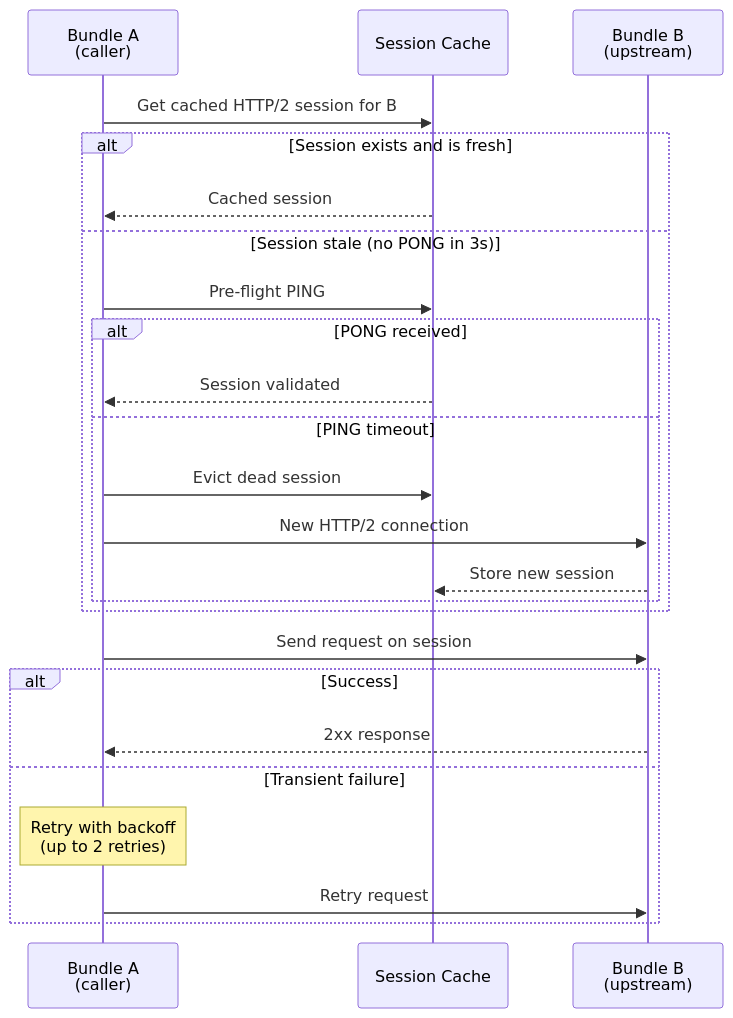
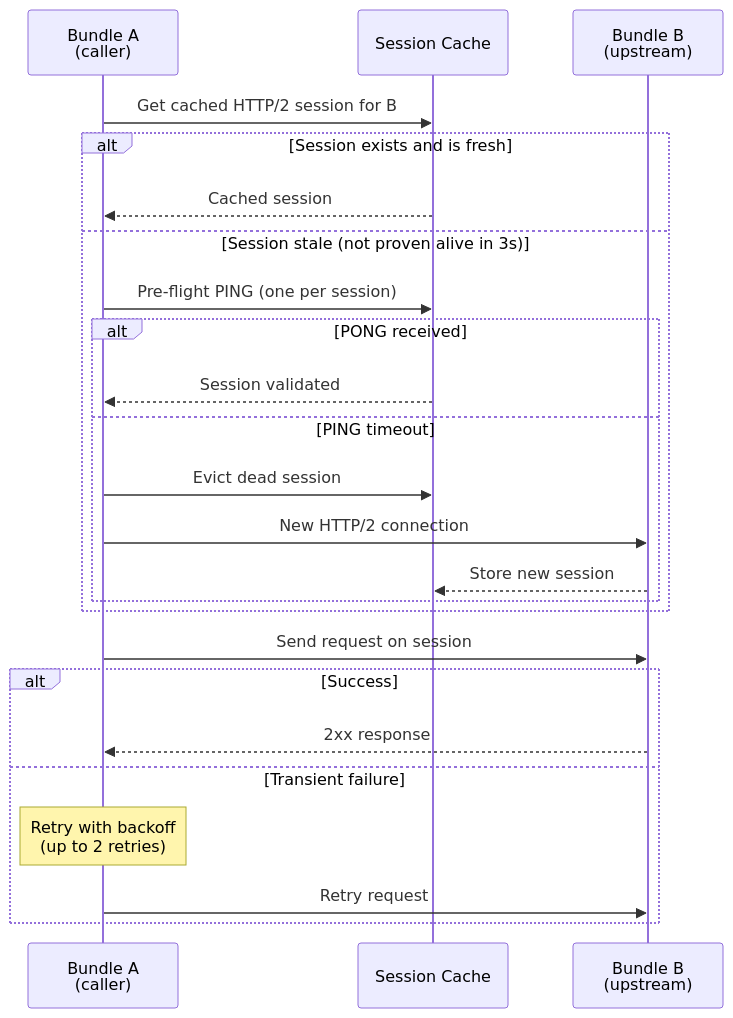
Before and after one commit to gina-io/docs: the diagram in docs/guides/http2-resilience.md, drawn with Mermaid. The commit also changed other lines of this file and 6 other files, not shown here.

Commit message:
Documenting the HTTP/2 client session lifecycle, the per-authority session pool, the server idle-session close and the any-method retry of a request refused before processing

````diff
--- a/docs/guides/http2-resilience.md
+++ b/docs/guides/http2-resilience.md
@@ -28,27 +28,27 @@
 ```mermaid
 sequenceDiagram
     participant A as Bundle A<br/>(caller)
     participant Cache as Session Cache
     participant B as Bundle B<br/>(upstream)
 
     A->>Cache: Get cached HTTP/2 session for B
     alt Session exists and is fresh
         Cache-->>A: Cached session
-    else Session stale (no PONG in 3s)
-        A->>Cache: Pre-flight PING
+    else Session stale (not proven alive in 3s)
+        A->>Cache: Pre-flight PING (one per session)
         alt PONG received
             Cache-->>A: Session validated
         else PING timeout
             A->>Cache: Evict dead session
             A->>B: New HTTP/2 connection
             B-->>Cache: Store new session
         end
     end
     A->>B: Send request on session
     alt Success
         B-->>A: 2xx response
     else Transient failure
         Note over A: Retry with backoff<br/>(up to 2 retries)
         A->>B: Retry request
     end
 ```
````
